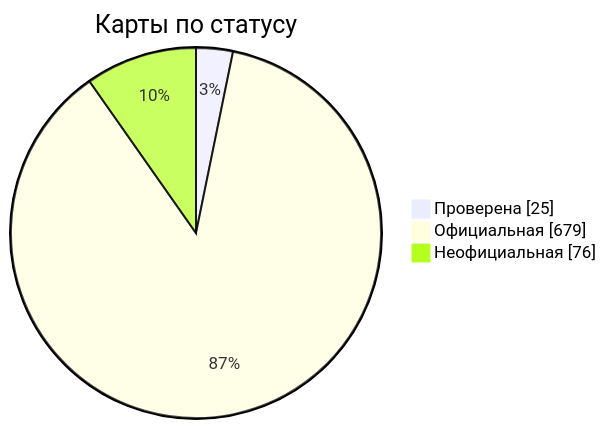
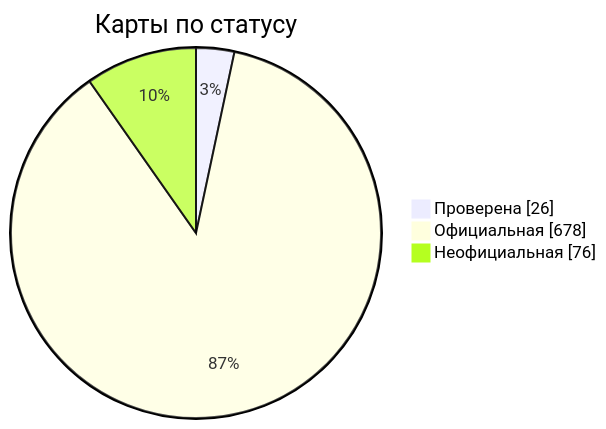
The diagram in docs/readme/README_RU.md (nobrega8/mbmap-library), drawn with Mermaid before and after one commit. The commit also changed 7 other files, not shown here.

````diff
--- a/docs/readme/README_RU.md
+++ b/docs/readme/README_RU.md
@@ -54,7 +54,7 @@
 ```mermaid
 pie showData
     title Карты по статусу
-    "Проверена" : 25
-    "Официальная" : 679
+    "Проверена" : 26
+    "Официальная" : 678
     "Неофициальная" : 76
 ```
````
